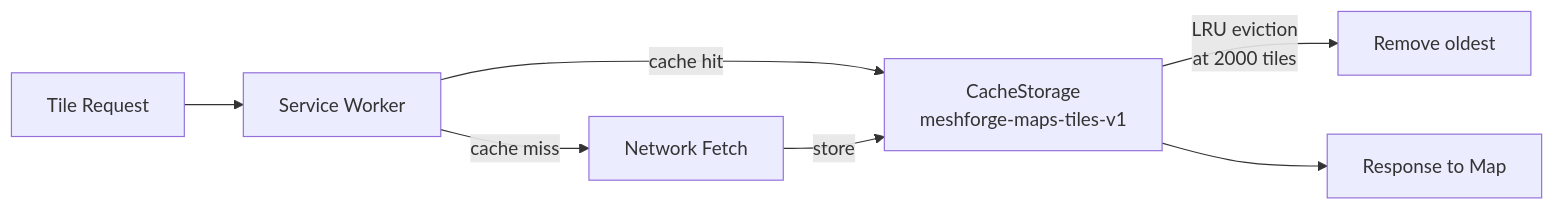
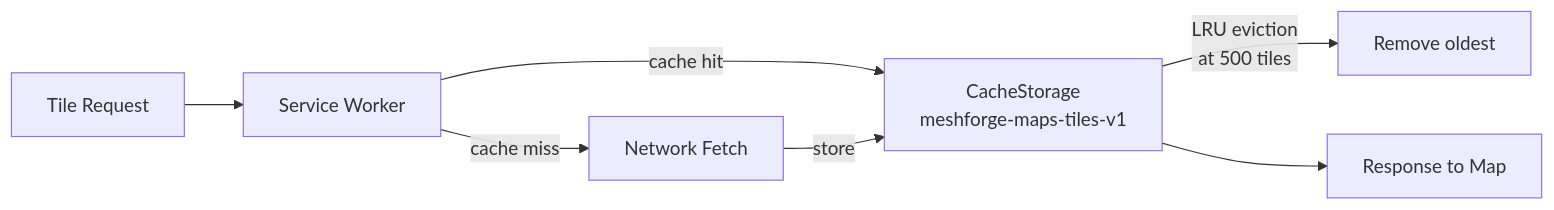
Before and after one commit to Nursedude/meshforge-maps: the fifth of 5 diagrams in README.md, drawn with Mermaid. The commit also changed other lines of this file and 6 other files, not shown here.

````diff
--- a/README.md
+++ b/README.md
@@ -549,9 +577,9 @@
 ```mermaid
 flowchart LR
     REQ["Tile Request"] --> SW["Service Worker"]
     SW -->|cache hit| CACHE["CacheStorage<br/>meshforge-maps-tiles-v1"]
     SW -->|cache miss| NET["Network Fetch"]
     NET -->|store| CACHE
-    CACHE -->|LRU eviction<br/>at 2000 tiles| EVICT["Remove oldest"]
+    CACHE -->|LRU eviction<br/>at 500 tiles| EVICT["Remove oldest"]
     CACHE --> RESP["Response to Map"]
 ```
````
